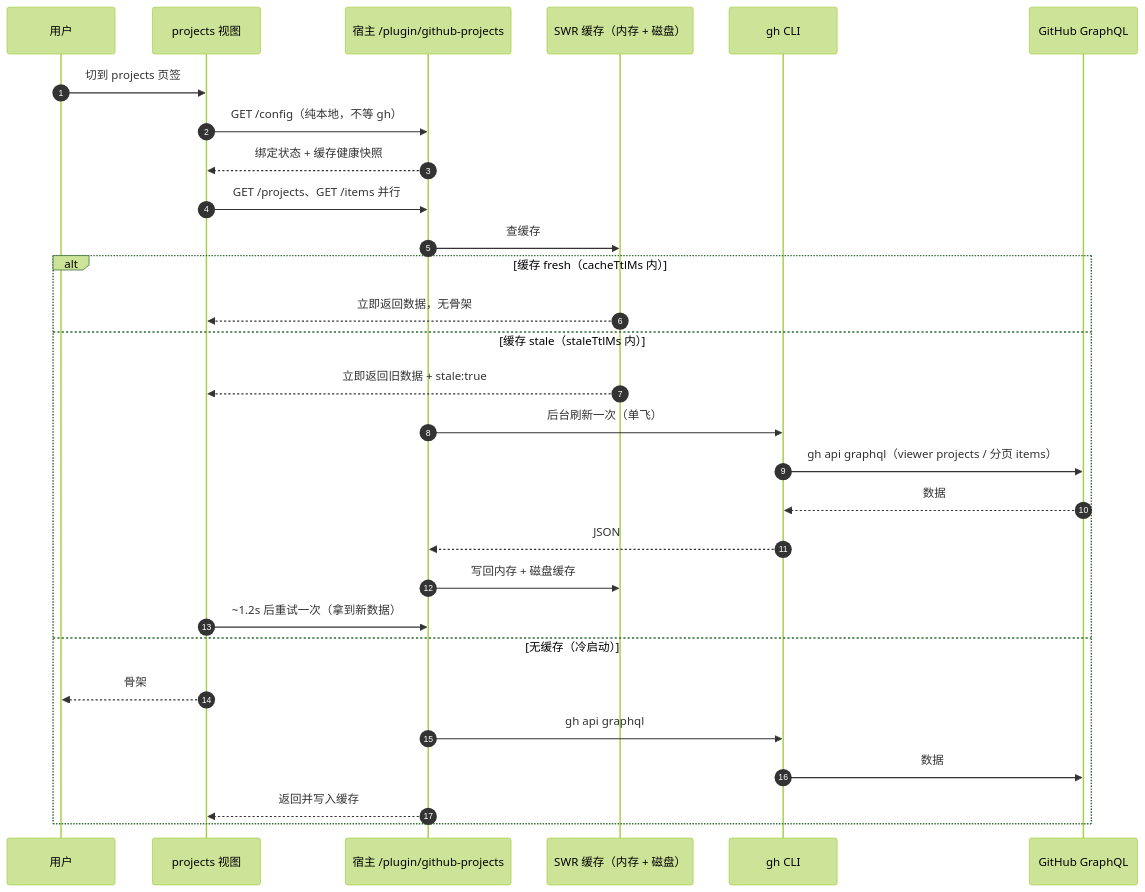
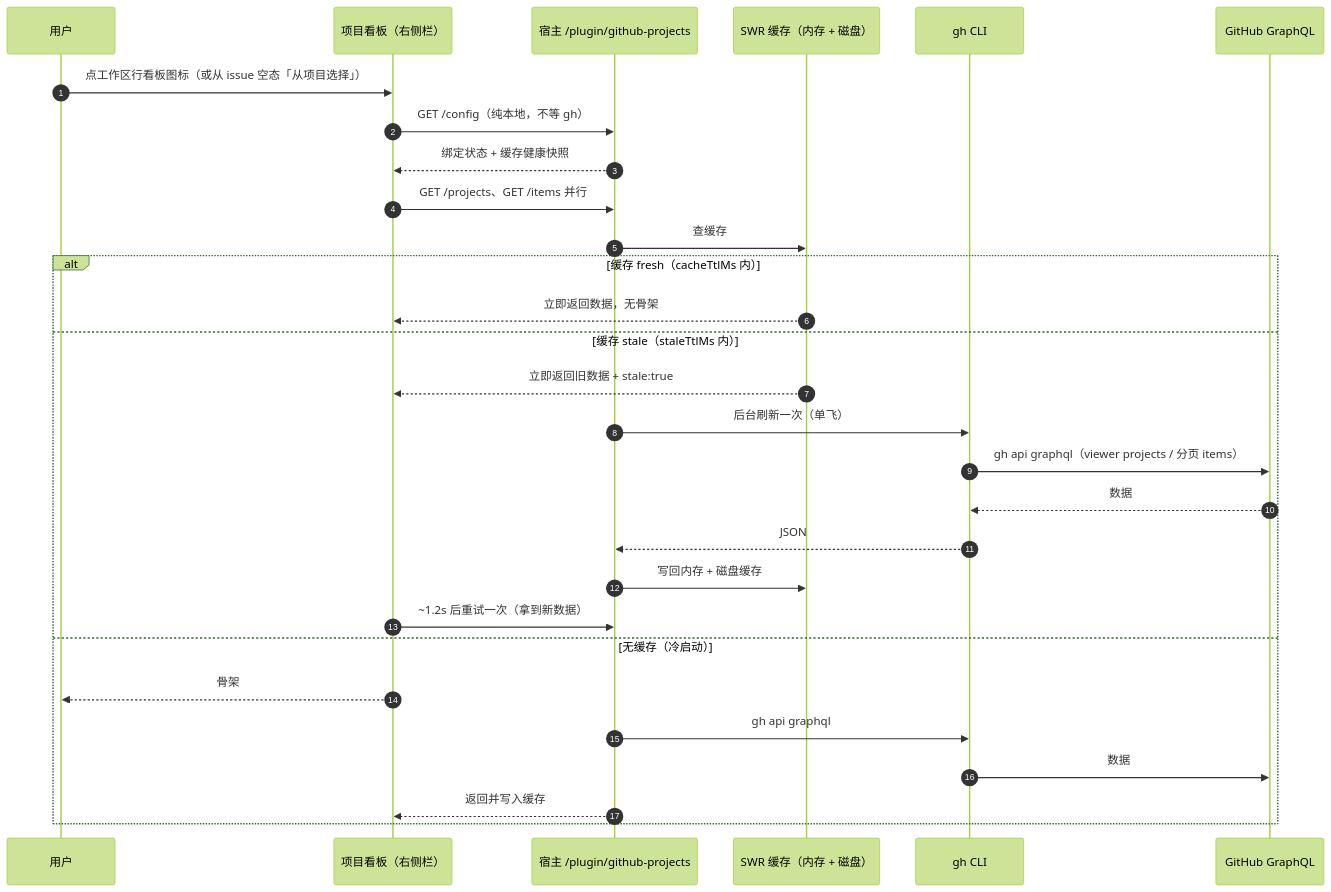
One commit to ceasarXuu/dsh-github-projects changed the sixth of 8 diagrams in docs/DESIGN.zh.md. Above: the diagram before and after it, drawn with Mermaid (forest theme). The commit also changed other lines of this file and 36 other files, not shown here.

````diff
--- a/docs/DESIGN.zh.md
+++ b/docs/DESIGN.zh.md
@@ -953,32 +1035,32 @@
 ```mermaid
 sequenceDiagram
     autonumber
     participant U as 用户
-    participant V as projects 视图
+    participant V as 项目看板（右侧栏）
     participant H as 宿主 /plugin/github-projects
     participant C as SWR 缓存（内存 + 磁盘）
     participant G as gh CLI
     participant X as GitHub GraphQL
 
-    U->>V: 切到 projects 页签
+    U->>V: 点工作区行看板图标（或从 issue 空态「从项目选择」）
     V->>H: GET /config（纯本地，不等 gh）
     H-->>V: 绑定状态 + 缓存健康快照
     V->>H: GET /projects、GET /items 并行
     H->>C: 查缓存
     alt 缓存 fresh（cacheTtlMs 内）
         C-->>V: 立即返回数据，无骨架
     else 缓存 stale（staleTtlMs 内）
         C-->>V: 立即返回旧数据 + stale:true
         H->>G: 后台刷新一次（单飞）
         G->>X: gh api graphql（viewer projects / 分页 items）
         X-->>G: 数据
         G-->>H: JSON
         H->>C: 写回内存 + 磁盘缓存
         V->>H: ~1.2s 后重试一次（拿到新数据）
     else 无缓存（冷启动）
         V-->>U: 骨架
         H->>G: gh api graphql
         G->>X: 数据
         H-->>V: 返回并写入缓存
     end
 ```
````
